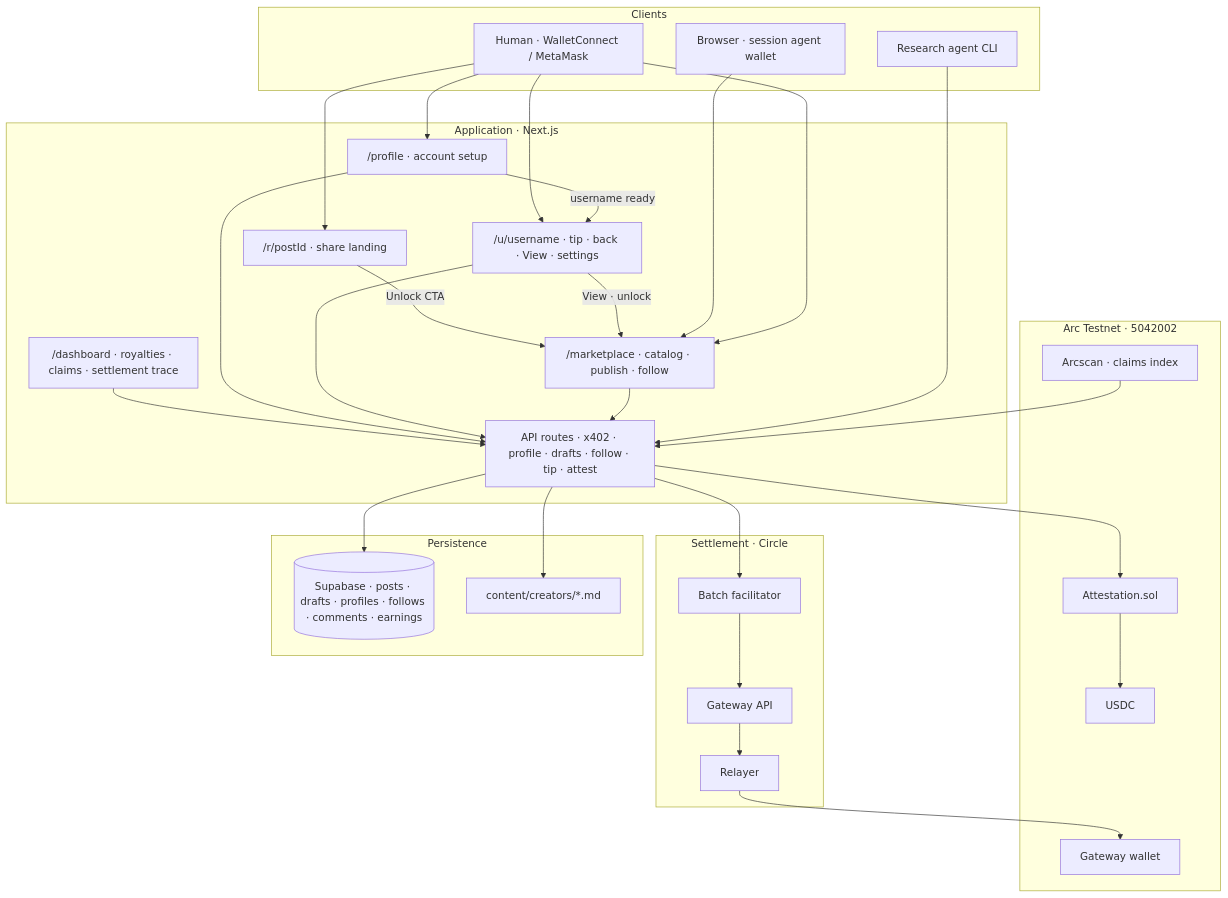
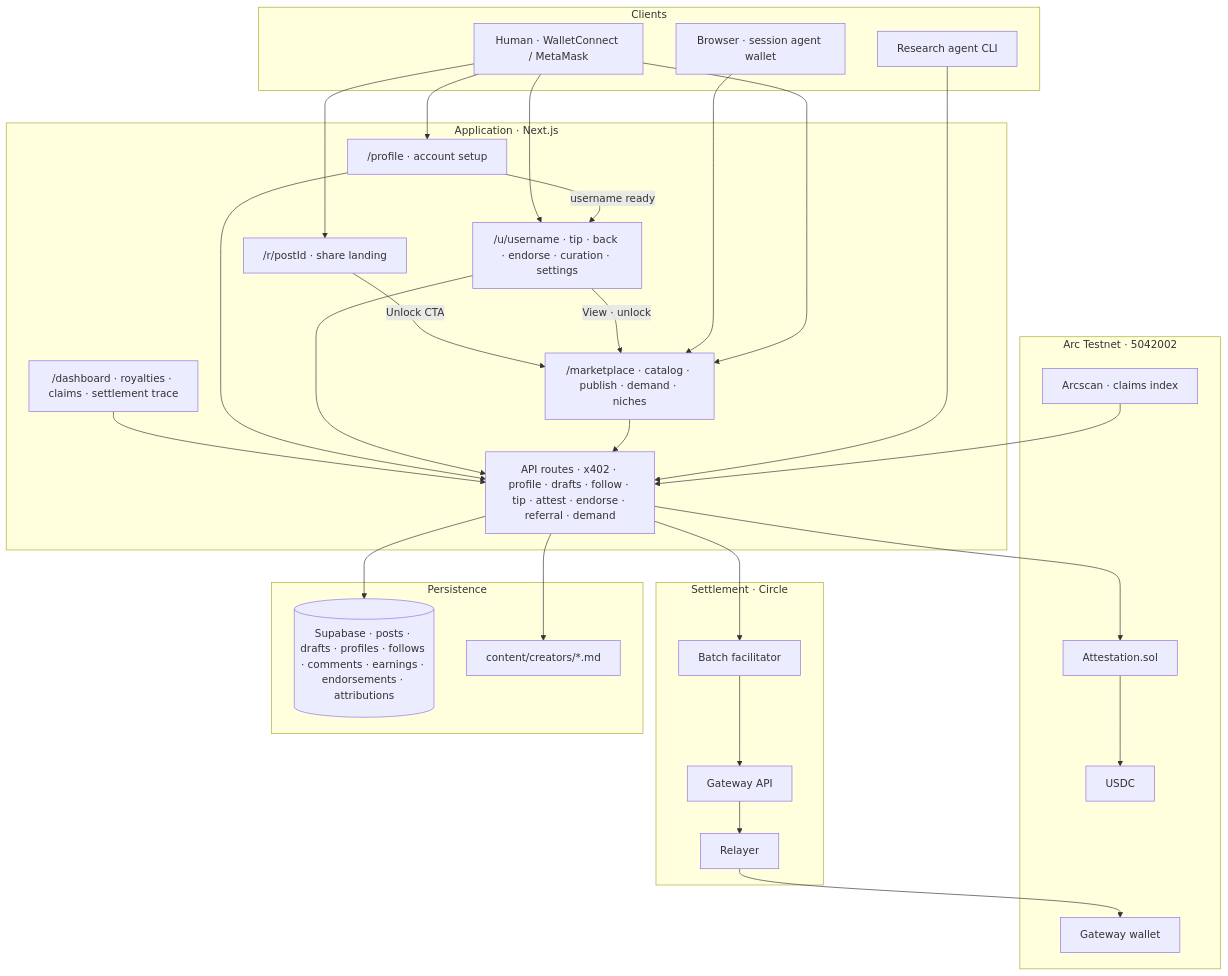
The first of 11 diagrams in README.md (rudazy/citation-agent), drawn with Mermaid before and after one commit. The commit also changed other lines of this file and 44 other files, not shown here.

First line of the commit message:
endorsement graph

````diff
--- a/README.md
+++ b/README.md
@@ -43,56 +47,56 @@
 ```mermaid
 flowchart TB
   subgraph Clients["Clients"]
     Human["Human · WalletConnect / MetaMask"]
     Agent["Research agent CLI"]
     BrowserAgent["Browser · session agent wallet"]
   end
 
   subgraph Application["Application · Next.js"]
-    Marketplace["/marketplace · catalog · publish · follow"]
+    Marketplace["/marketplace · catalog · publish · demand · niches"]
     Setup["/profile · account setup"]
-    Profiles["/u/username · tip · back · View · settings"]
+    Profiles["/u/username · tip · back · endorse · curation · settings"]
     Reports["/r/postId · share landing"]
     Dashboard["/dashboard · royalties · claims · settlement trace"]
-    APIs["API routes · x402 · profile · drafts · follow · tip · attest"]
+    APIs["API routes · x402 · profile · drafts · follow · tip · attest · endorse · referral · demand"]
   end
 
   subgraph Settlement["Settlement · Circle"]
     Facilitator["Batch facilitator"]
     GatewayAPI["Gateway API"]
     Relayer["Relayer"]
   end
 
   subgraph Chain["Arc Testnet · 5042002"]
     GatewayWallet["Gateway wallet"]
     USDC["USDC"]
     Attestation["Attestation.sol"]
     Arcscan["Arcscan · claims index"]
   end
 
   subgraph Persistence["Persistence"]
-    Supabase[("Supabase · posts · drafts · profiles · follows · comments · earnings")]
+    Supabase[("Supabase · posts · drafts · profiles · follows · comments · earnings · endorsements · attributions")]
     Seeds["content/creators/*.md"]
   end
 
   Human --> Marketplace
   Human --> Setup
   Setup -->|"username ready"| Profiles
   Human --> Profiles
   Human --> Reports
   BrowserAgent --> Marketplace
   Profiles -->|"View · unlock"| Marketplace
   Reports -->|"Unlock CTA"| Marketplace
   Agent --> APIs
   Marketplace --> APIs
   Profiles --> APIs
   Setup --> APIs
   Dashboard --> APIs
   APIs --> Facilitator
   Facilitator --> GatewayAPI --> Relayer --> GatewayWallet
   APIs --> Attestation
   Attestation --> USDC
   Arcscan --> APIs
   APIs --> Seeds
   APIs --> Supabase
 ```
````
